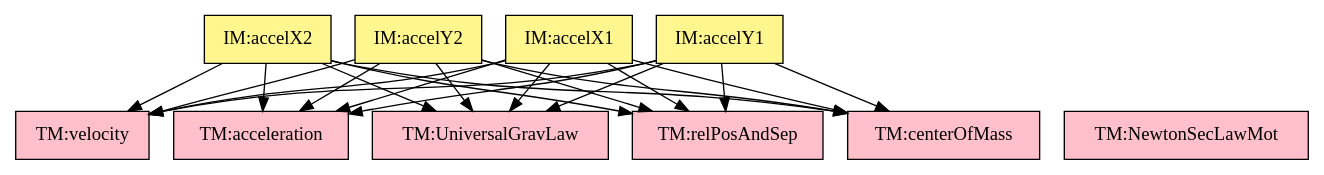
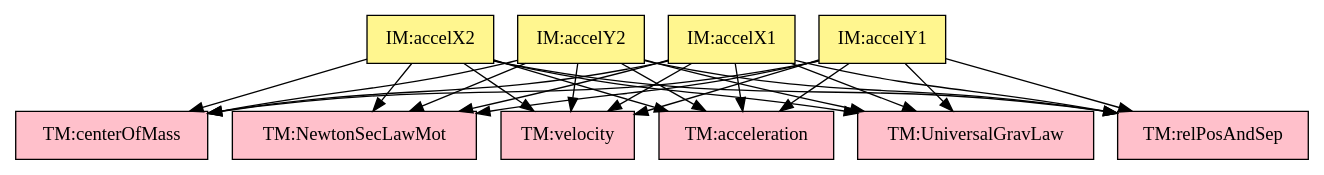
One commit to Xinlu-Y/Drasil changed the diagram in code/stable/bss/TraceyGraph/refvsref.dot. Above: the diagram before and after it, drawn with Graphviz. The commit also changed 1 other file, not shown here.

Commit message:
bss: refresh trace graphs for IM derivation ref change

```diff
--- a/code/stable/bss/TraceyGraph/refvsref.dot
+++ b/code/stable/bss/TraceyGraph/refvsref.dot
@@ -1,46 +1,50 @@
 digraph refvsref {
 	"theory:accelIMX1" -> "theory:centerOfMassCS";
+	"theory:accelIMX1" -> "theory:newtonSL";
 	"theory:accelIMX1" -> "theory:velocityTM";
 	"theory:accelIMX1" -> "theory:accelerationTM";
 	"theory:accelIMX1" -> "theory:force";
 	"theory:accelIMX1" -> "theory:r_12";
 	"theory:accelIMY1" -> "theory:centerOfMassCS";
+	"theory:accelIMY1" -> "theory:newtonSL";
 	"theory:accelIMY1" -> "theory:velocityTM";
 	"theory:accelIMY1" -> "theory:accelerationTM";
 	"theory:accelIMY1" -> "theory:force";
 	"theory:accelIMY1" -> "theory:r_12";
 	"theory:accelIMX2" -> "theory:centerOfMassCS";
+	"theory:accelIMX2" -> "theory:newtonSL";
 	"theory:accelIMX2" -> "theory:velocityTM";
 	"theory:accelIMX2" -> "theory:accelerationTM";
 	"theory:accelIMX2" -> "theory:force";
 	"theory:accelIMX2" -> "theory:r_12";
 	"theory:accelIMY2" -> "theory:centerOfMassCS";
+	"theory:accelIMY2" -> "theory:newtonSL";
 	"theory:accelIMY2" -> "theory:velocityTM";
 	"theory:accelIMY2" -> "theory:accelerationTM";
 	"theory:accelIMY2" -> "theory:force";
 	"theory:accelIMY2" -> "theory:r_12";
 
 
 	"theory:centerOfMassCS"	[shape=box, color=black, style=filled, fillcolor=pink, label="TM:centerOfMass"];
 	"theory:newtonSL"	[shape=box, color=black, style=filled, fillcolor=pink, label="TM:NewtonSecLawMot"];
 	"theory:velocityTM"	[shape=box, color=black, style=filled, fillcolor=pink, label="TM:velocity"];
 	"theory:accelerationTM"	[shape=box, color=black, style=filled, fillcolor=pink, label="TM:acceleration"];
 	"theory:force"	[shape=box, color=black, style=filled, fillcolor=pink, label="TM:UniversalGravLaw"];
 	"theory:r_12"	[shape=box, color=black, style=filled, fillcolor=pink, label="TM:relPosAndSep"];
 
 	subgraph TM {
 	rank="same"
 	{"theory:centerOfMassCS", "theory:newtonSL", "theory:velocityTM", "theory:accelerationTM", "theory:force", "theory:r_12"}
 	}
 
 	"theory:accelIMX1"	[shape=box, color=black, style=filled, fillcolor=khaki1, label="IM:accelX1"];
 	"theory:accelIMY1"	[shape=box, color=black, style=filled, fillcolor=khaki1, label="IM:accelY1"];
 	"theory:accelIMX2"	[shape=box, color=black, style=filled, fillcolor=khaki1, label="IM:accelX2"];
 	"theory:accelIMY2"	[shape=box, color=black, style=filled, fillcolor=khaki1, label="IM:accelY2"];
 
 	subgraph IM {
 	rank="same"
 	{"theory:accelIMX1", "theory:accelIMY1", "theory:accelIMX2", "theory:accelIMY2"}
 	}
 
 }
```
